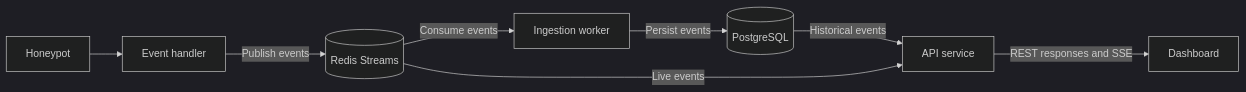
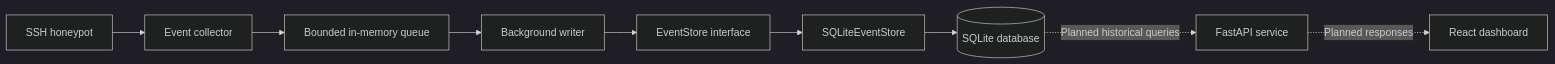
The diagram in Architecture.md (bgr-github/Panopticon), drawn with Mermaid (dark theme) before and after one commit. The commit also changed other lines of this file and 20 other files, not shown here.

First line of the commit message:
Add SSH transfer telemetry and SQLite event persistence

````diff
--- a/Architecture.md
+++ b/Architecture.md
@@ -6,12 +6,11 @@
 ```mermaid
 flowchart LR
-    Honeypot --> Handler[Event handler]
-    Handler -- Publish events --> Redis[(Redis Streams)]
-
-    Redis -- Consume events --> Worker[Ingestion worker]
-    Worker -- Persist events --> DB[(PostgreSQL)]
-
-    DB -- Historical events --> API[API service]
-    Redis -- Live events --> API
-    API -- REST responses and SSE --> UI[Dashboard]
+    Honeypot[SSH honeypot] --> Handler[Event collector]
+    Handler --> Queue[Bounded in-memory queue]
+    Queue --> Writer[Background writer]
+    Writer --> Store[EventStore interface]
+    Store --> SQLite[SQLiteEventStore]
+    SQLite --> DB[(SQLite database)]
+    DB -. Planned historical queries .-> API[FastAPI service]
+    API -. Planned responses .-> UI[React dashboard]
 ```
````
